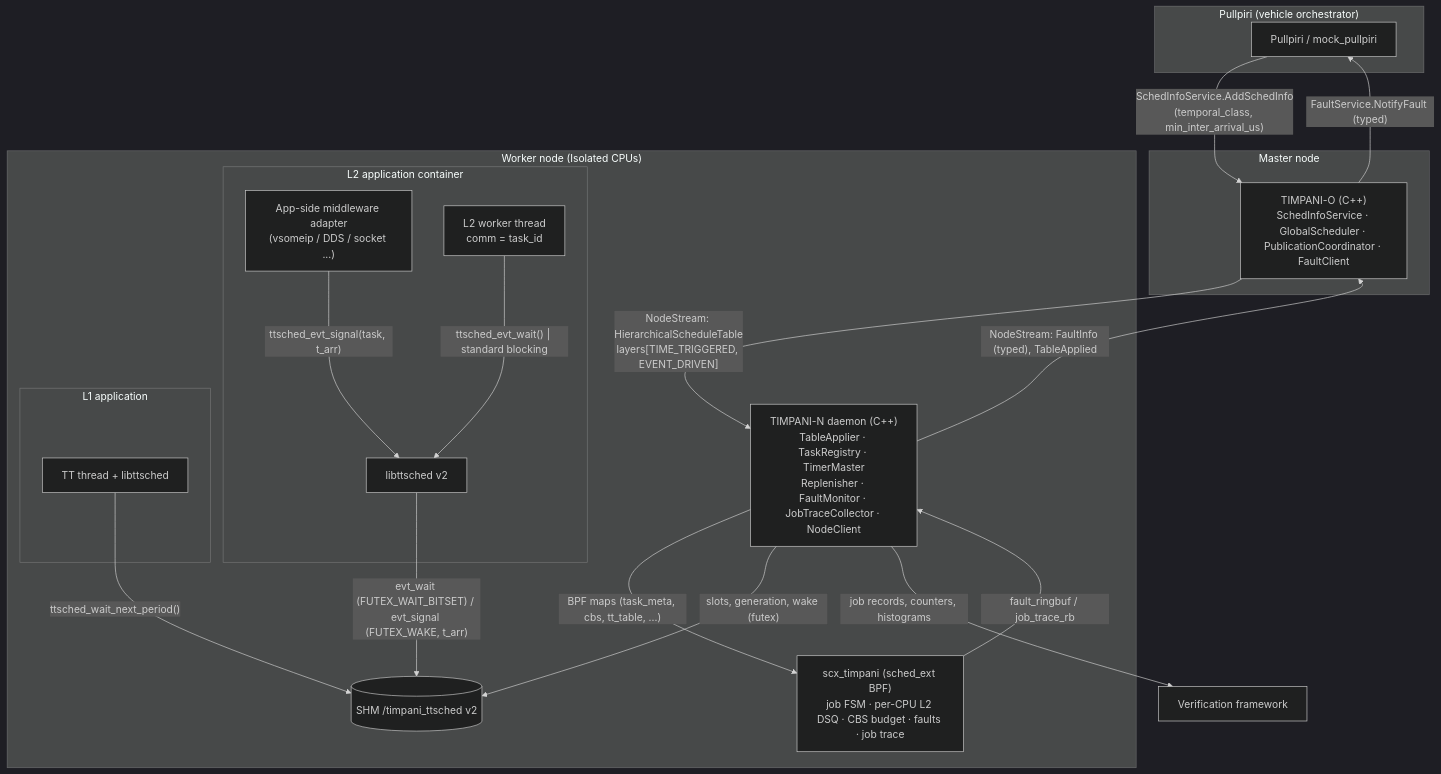
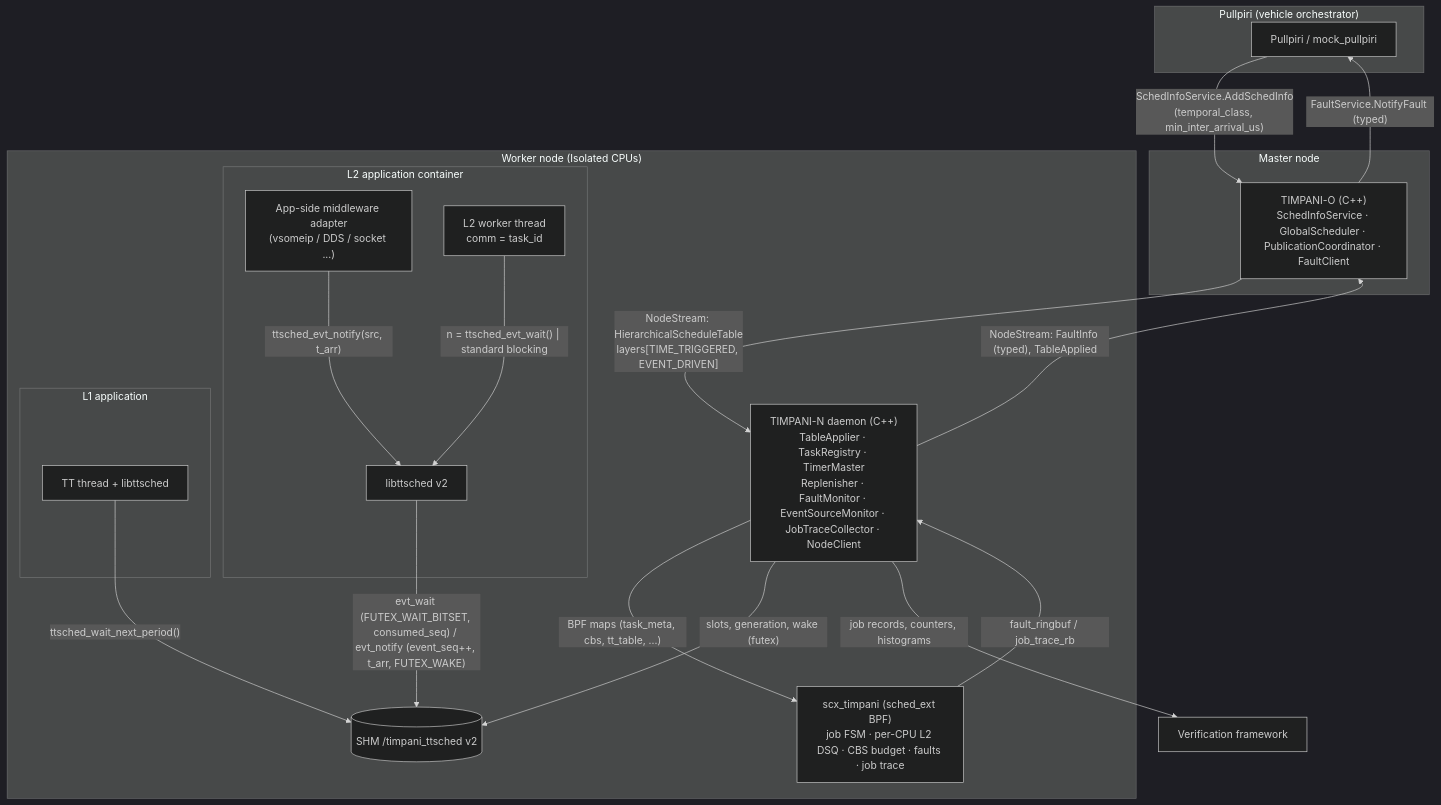
One commit to eclipse-timpani/timpani26 changed the first of 8 diagrams in doc/design/kor/HLD-008-event-driven-workload-support.md. Above: the diagram before and after it, drawn with Mermaid (dark theme). The commit also changed other lines of this file and 4 other files, not shown here.

First line of the commit message:
docs(design): rebase 008 design chain on a common Event/Job model

````diff
--- a/doc/design/kor/HLD-008-event-driven-workload-support.md
+++ b/doc/design/kor/HLD-008-event-driven-workload-support.md
@@ -32,36 +33,36 @@
 ```mermaid
 flowchart TB
   subgraph Orchestration["Pullpiri (vehicle orchestrator)"]
     PP[Pullpiri / mock_pullpiri]
   end
   subgraph Master["Master node"]
     O["TIMPANI-O (C++)<br/>SchedInfoService · GlobalScheduler · PublicationCoordinator · FaultClient"]
   end
   subgraph Node["Worker node (Isolated CPUs)"]
-    N["TIMPANI-N daemon (C++)<br/>TableApplier · TaskRegistry · TimerMaster<br/>Replenisher · FaultMonitor · JobTraceCollector · NodeClient"]
+    N["TIMPANI-N daemon (C++)<br/>TableApplier · TaskRegistry · TimerMaster<br/>Replenisher · FaultMonitor · EventSourceMonitor · JobTraceCollector · NodeClient"]
     B["scx_timpani (sched_ext BPF)<br/>job FSM · per-CPU L2 DSQ · CBS budget · faults · job trace"]
     SHM[("SHM /timpani_ttsched v2")]
     subgraph App["L2 application container"]
       AD["App-side middleware adapter<br/>(vsomeip / DDS / socket ...)"]
       W["L2 worker thread<br/>comm = task_id"]
       LIB["libttsched v2"]
     end
     subgraph TT["L1 application"]
       T1["TT thread + libttsched"]
     end
   end
   VF["Verification framework"]
 
   PP -- "SchedInfoService.AddSchedInfo<br/>(temporal_class, min_inter_arrival_us)" --> O
   O -- "NodeStream: HierarchicalScheduleTable<br/>layers[TIME_TRIGGERED, EVENT_DRIVEN]" --> N
   N -- "NodeStream: FaultInfo (typed), TableApplied" --> O
   O -- "FaultService.NotifyFault (typed)" --> PP
   N -- "BPF maps (task_meta, cbs, tt_table, ...)" --> B
   B -- "fault_ringbuf / job_trace_rb" --> N
   N -- "slots, generation, wake (futex)" --> SHM
-  LIB -- "evt_wait (FUTEX_WAIT_BITSET) / evt_signal (FUTEX_WAKE, t_arr)" --> SHM
-  AD -- "ttsched_evt_signal(task, t_arr)" --> LIB
-  W -- "ttsched_evt_wait() | standard blocking" --> LIB
+  LIB -- "evt_wait (FUTEX_WAIT_BITSET, consumed_seq) / evt_notify (event_seq++, t_arr, FUTEX_WAKE)" --> SHM
+  AD -- "ttsched_evt_notify(src, t_arr)" --> LIB
+  W -- "n = ttsched_evt_wait() | standard blocking" --> LIB
   T1 -- "ttsched_wait_next_period()" --> SHM
   N -- "job records, counters, histograms" --> VF
 ```
````
